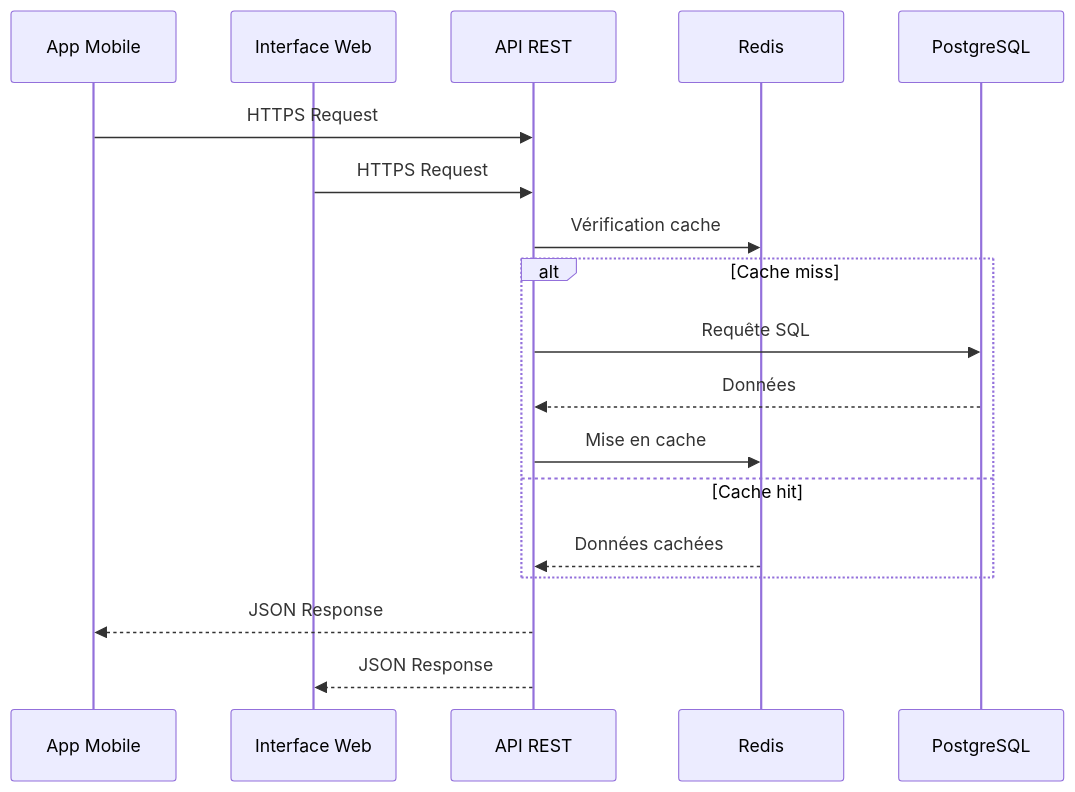
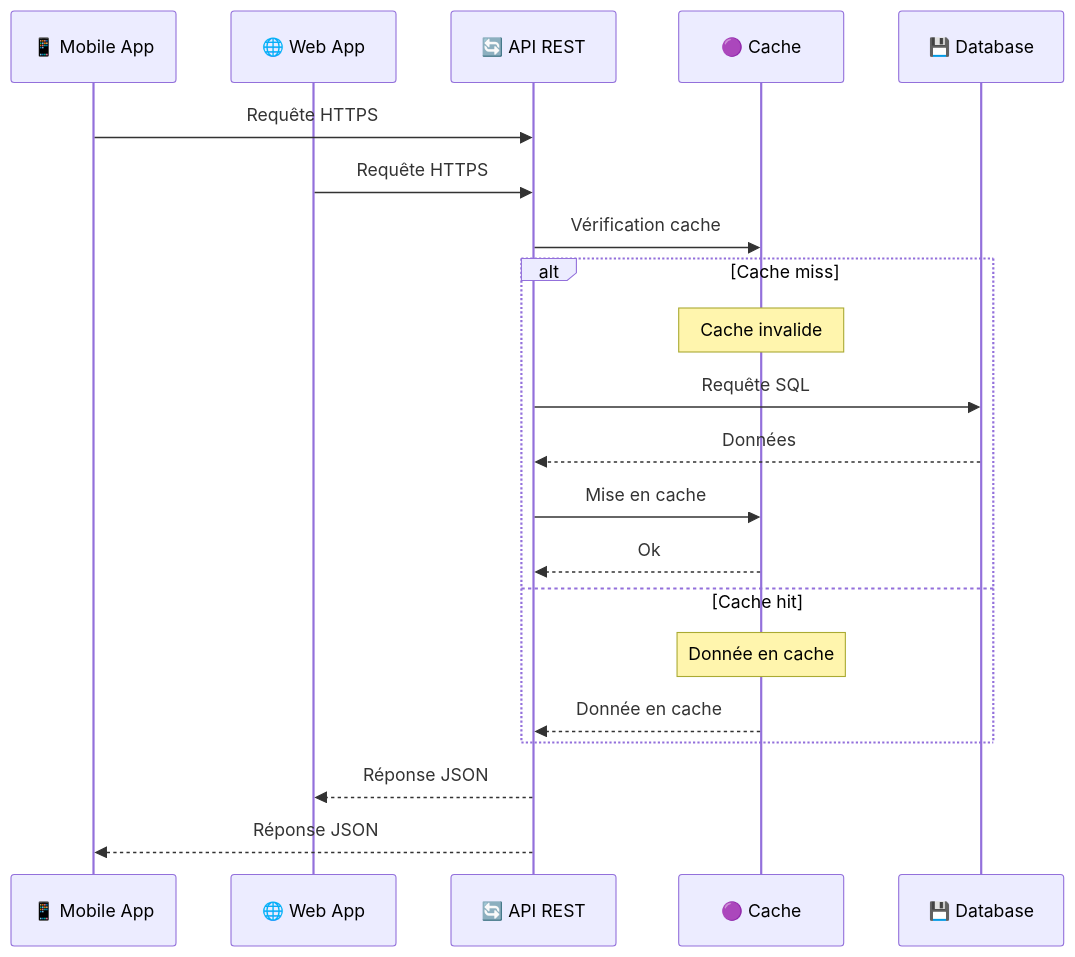
One commit to Netsbump/dropit-documentation changed the third of 3 diagrams in src/content/docs/conception/architecture.md. Above: the diagram before and after it, drawn with Mermaid. The commit also changed other lines of this file and 4 other files, not shown here.

Commit message:
📝 docs: update architecture

````diff
--- a/src/content/docs/conception/architecture.md
+++ b/src/content/docs/conception/architecture.md
@@ -120,21 +514,27 @@
 ```mermaid
 sequenceDiagram
-    participant Mobile as App Mobile
-    participant Web as Interface Web
-    participant API as API REST
-    participant Cache as Redis
-    participant DB as PostgreSQL
+    participant Mobile as 📱 Mobile App
+    participant Web as 🌐 Web App
+    participant API as 🔄 API REST
+    participant Cache as 🟣 Cache
+    participant DB as 💾 Database
     
-    Mobile->>API: HTTPS Request
-    Web->>API: HTTPS Request
+    Mobile->>API: Requête HTTPS
+    Web->>API: Requête HTTPS
+    
     API->>Cache: Vérification cache
+    
     alt Cache miss
+        Note over Cache: Cache invalide
         API->>DB: Requête SQL
         DB-->>API: Données
         API->>Cache: Mise en cache
+        Cache-->>API: Ok
     else Cache hit
-        Cache-->>API: Données cachées
+        Note over Cache: Donnée en cache
+        Cache-->>API: Donnée en cache
     end
-    API-->>Mobile: JSON Response
-    API-->>Web: JSON Response
+    
+    API-->>Web: Réponse JSON
+    API-->>Mobile: Réponse JSON
 ```
````
